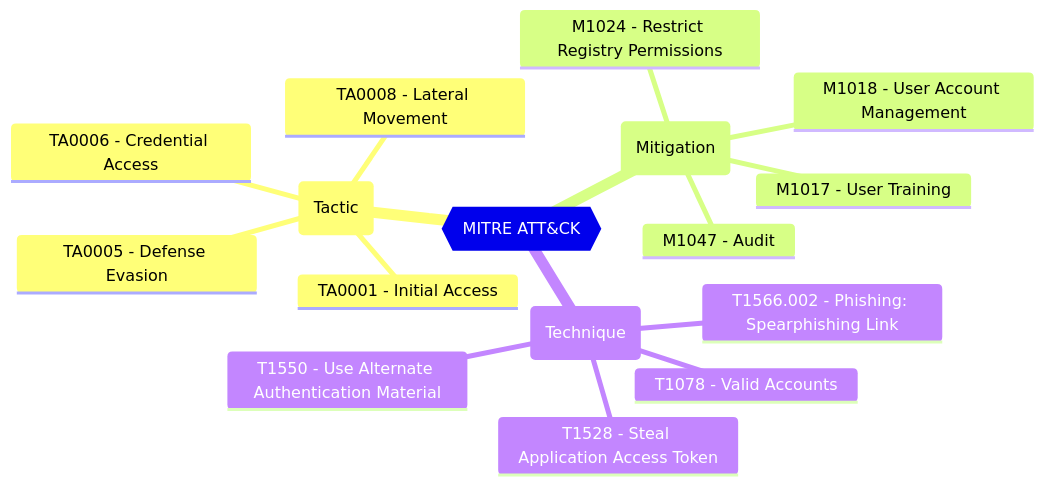
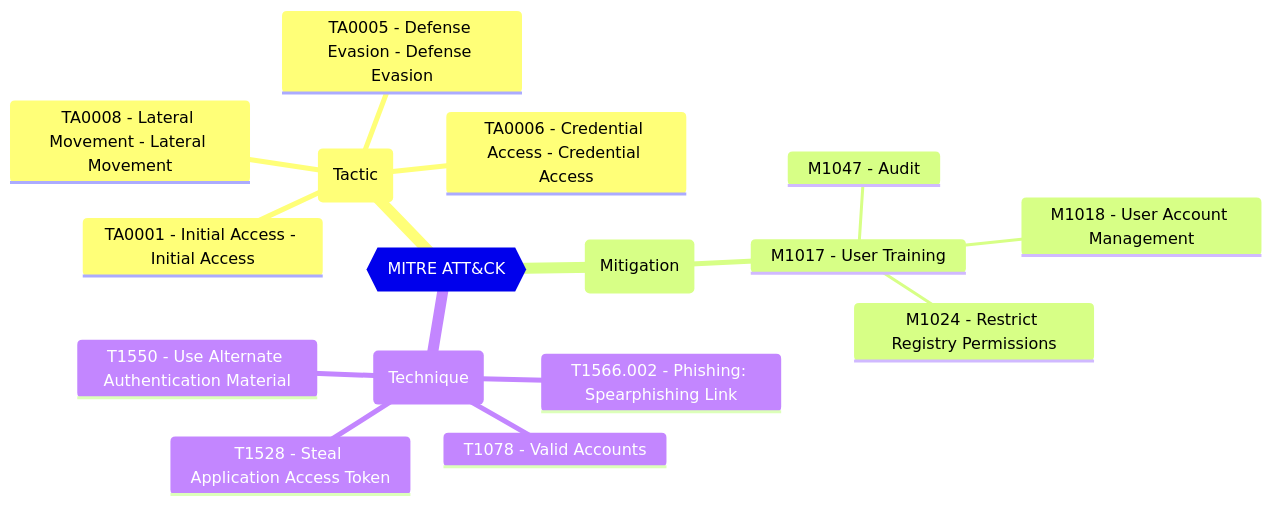
The diagram in docs/docs/tests/AADSC/AADSC.authorizationPolicy.allowedToCreateApps.md (maester365/maester), drawn with Mermaid before and after one commit. The commit also changed other lines of this file and 95 other files, not shown here.

````diff
--- a/docs/docs/tests/AADSC/AADSC.authorizationPolicy.allowedToCreateApps.md
+++ b/docs/docs/tests/AADSC/AADSC.authorizationPolicy.allowedToCreateApps.md
@@ -19,19 +31,19 @@
 ```mermaid
 mindmap
   root{{MITRE ATT&CK}}
     (Tactic)
-      TA0001 - Initial Access
-      TA0005 - Defense Evasion
-      TA0006 - Credential Access
-      TA0008 - Lateral Movement
+      TA0001 - Initial Access - Initial Access
+      TA0005 - Defense Evasion - Defense Evasion
+      TA0006 - Credential Access - Credential Access
+      TA0008 - Lateral Movement - Lateral Movement
     (Mitigation)
       M1017 - User Training
-      M1018 - User Account Management
-      M1024 - Restrict Registry Permissions
-      M1047 - Audit
+       M1018 - User Account Management
+       M1024 - Restrict Registry Permissions
+       M1047 - Audit
     (Technique)
       T1566.002 - Phishing: Spearphishing Link
       T1078 - Valid Accounts
       T1550 - Use Alternate Authentication Material
       T1528 - Steal Application Access Token
 ```
````
